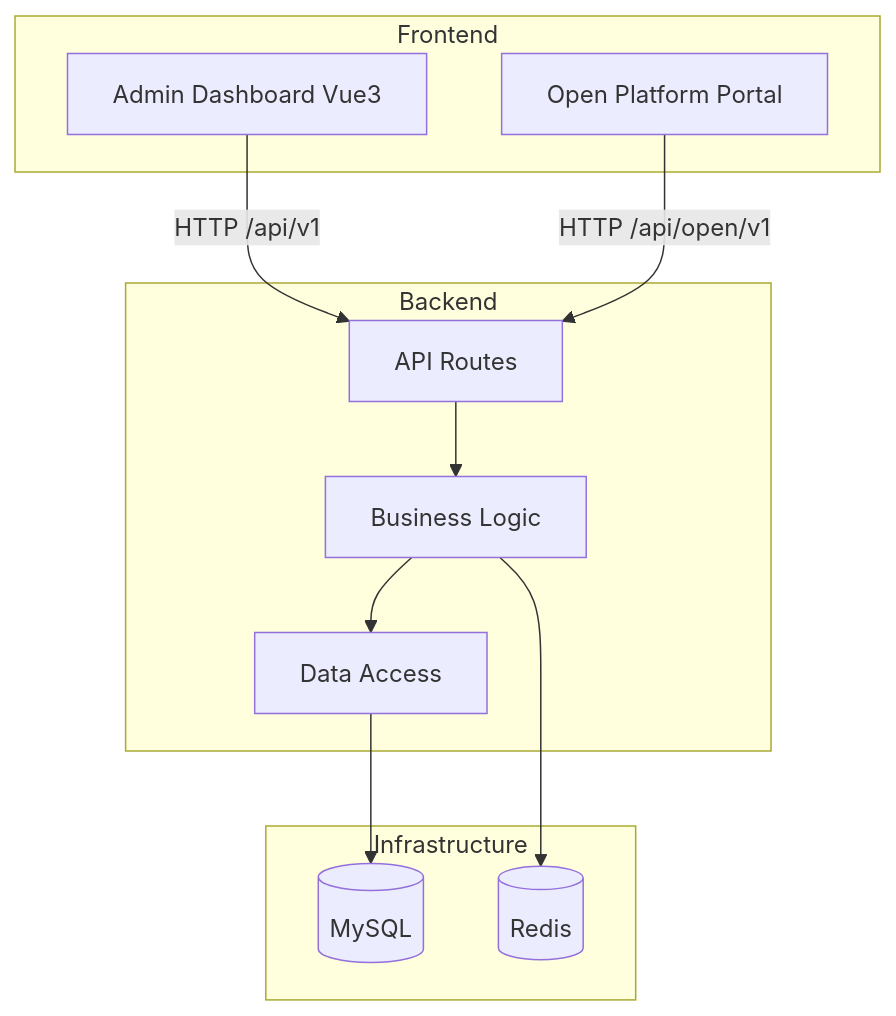
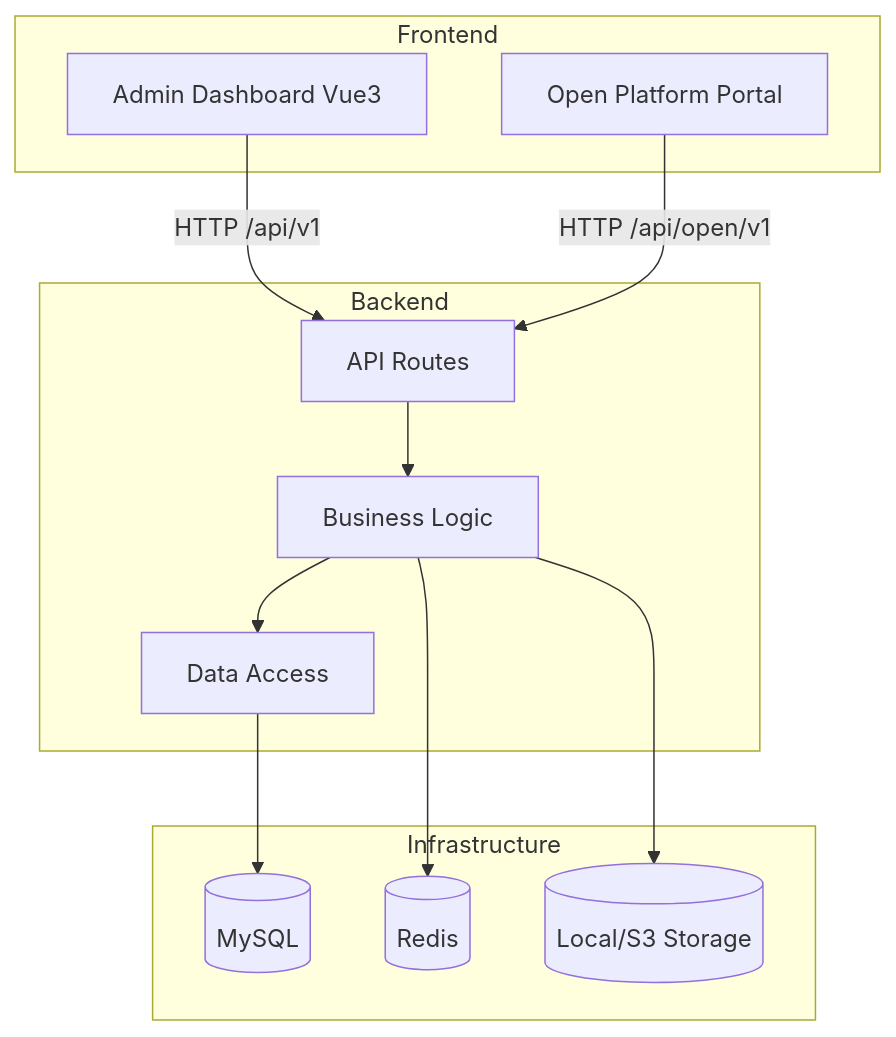
One commit to cross-lang/x-HanJiang changed the first of 4 diagrams in README.en.md. Above: the diagram before and after it, drawn with Mermaid. The commit also changed other lines of this file and 156 other files, not shown here.

````diff
--- a/README.en.md
+++ b/README.en.md
@@ -78,25 +88,27 @@
 ```mermaid
 graph TB
     subgraph Frontend
         A[Admin Dashboard Vue3]
         B[Open Platform Portal]
     end
 
     subgraph Backend
         C[API Routes]
         D[Business Logic]
         E[Data Access]
     end
 
     subgraph Infrastructure
         F[(MySQL)]
         G[(Redis)]
+        H[(Local/S3 Storage)]
     end
 
     A -->|HTTP /api/v1| C
     B -->|HTTP /api/open/v1| C
     C --> D
     D --> E
     E --> F
     D --> G
+    D --> H
 ```
````
